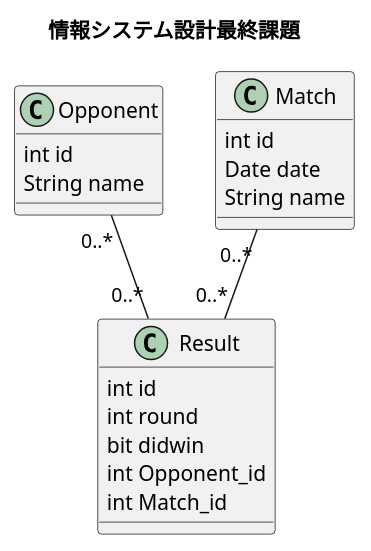
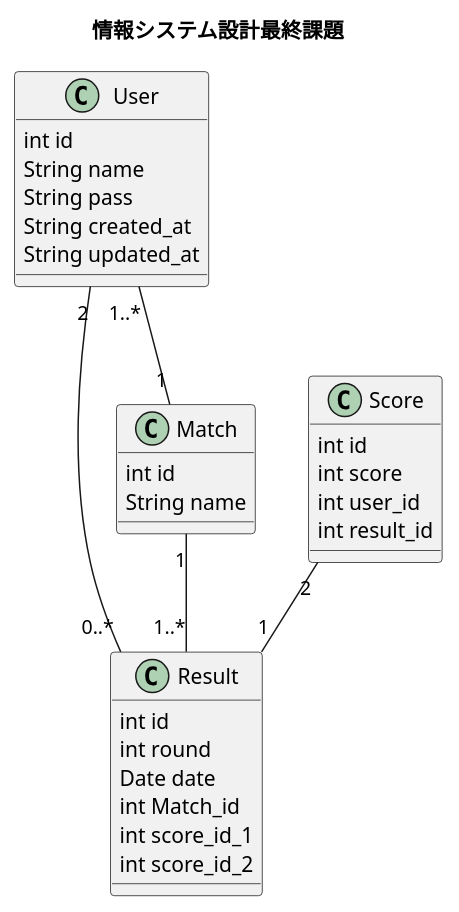
One commit to a191409/System_design changed the diagram in docs/Class.puml. Above: the diagram before and after it, drawn with PlantUML.

Commit message:
クラス図再作成

```diff
--- a/docs/Class.puml
+++ b/docs/Class.puml
@@ -1,25 +1,34 @@
 @startuml classsample
 title: 情報システム設計最終課題
 
-class Opponent {
+class User {
     int id
     String name
+    String pass
+    String created_at
+    String updated_at
 }
 class  Result{
     int id
     int round
-    bit didwin
-    int Opponent_id
+    Date date
     int Match_id
-
+    int score_id_1
+    int score_id_2
 }
 class Match{
     int id
-    Date date
     String name
 }
-
-Opponent "0..*" -- "0..*" Result
-Match "0..*" -- "0..*" Result
+class Score{
+    int id
+    int score
+    int user_id
+    int result_id
+}
+User "1..*" -- "1" Match
+User "2" -- "0..*" Result
+Match "1" -- "1..*" Result
+Score "2" -- "1" Result
 
 @enduml
```
